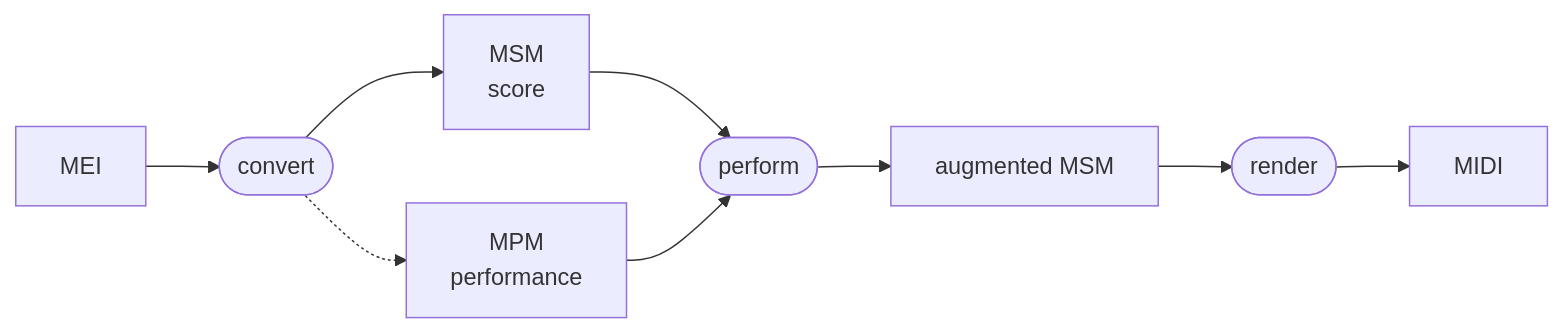
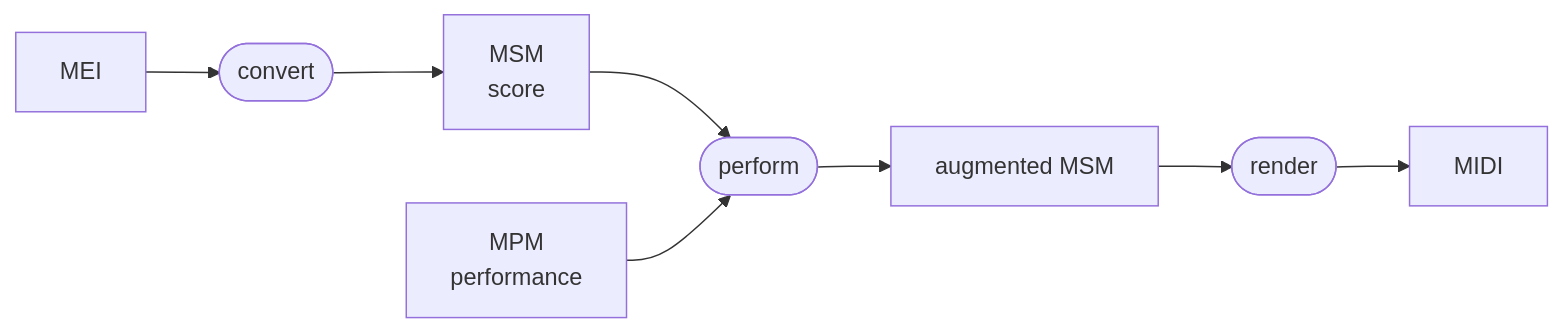
The diagram in README.md (pfefferniels/espressivo), drawn with Mermaid before and after one commit.

Commit message:
docs(readme): mpm is an input, not a convert output
the mei-to-mpm step is gone from the converter — convertMeiToMsm
returns msm only, and the performance comes from outside. PARITY.md §9.

````diff
--- a/README.md
+++ b/README.md
@@ -12,11 +12,10 @@
 ```mermaid
 flowchart LR
   MEI["MEI"] --> CONVERT(["convert"])
   CONVERT --> MSM["MSM<br/>score"]
-  CONVERT -.-> MPM["MPM<br/>performance"]
   MSM --> PERFORM(["perform"])
-  MPM --> PERFORM
+  MPM["MPM<br/>performance"] --> PERFORM
   PERFORM --> AUG["augmented MSM"]
   AUG --> RENDER(["render"])
   RENDER --> MIDI["MIDI"]
 ```
````
